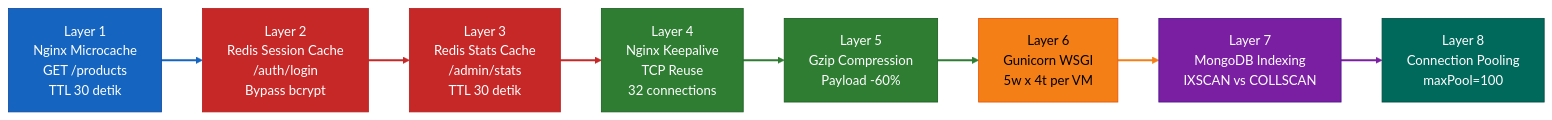
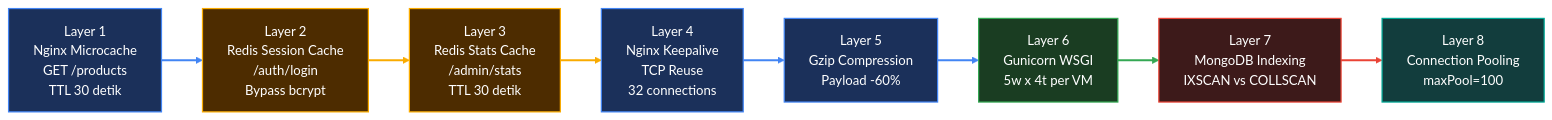
One commit to baboey/fp-tka-1 changed the third of 5 diagrams in README.md. Above: the diagram before and after it, drawn with Mermaid. The commit also changed other lines of this file, not shown here.

Commit message:
docs: style all major Mermaid diagrams with clean brand-matching deep colors, transparent subgraphs and precise link styles

````diff
--- a/README.md
+++ b/README.md
@@ -204,27 +213,27 @@
 ```mermaid
 graph LR
     A["Layer 1<br/>Nginx Microcache<br/>GET /products<br/>TTL 30 detik"] --> B["Layer 2<br/>Redis Session Cache<br/>/auth/login<br/>Bypass bcrypt"]
     B --> C["Layer 3<br/>Redis Stats Cache<br/>/admin/stats<br/>TTL 30 detik"]
     C --> D["Layer 4<br/>Nginx Keepalive<br/>TCP Reuse<br/>32 connections"]
     D --> E["Layer 5<br/>Gzip Compression<br/>Payload -60%"]
     E --> F["Layer 6<br/>Gunicorn WSGI<br/>5w x 4t per VM"]
     F --> G["Layer 7<br/>MongoDB Indexing<br/>IXSCAN vs COLLSCAN"]
     G --> H["Layer 8<br/>Connection Pooling<br/>maxPool=100"]
 
-    style A fill:#1565C0,stroke:#0d47a1,color:#fff
-    style B fill:#C62828,stroke:#b71c1c,color:#fff
-    style C fill:#C62828,stroke:#b71c1c,color:#fff
-    style D fill:#2E7D32,stroke:#1b5e20,color:#fff
-    style E fill:#2E7D32,stroke:#1b5e20,color:#fff
-    style F fill:#F57F17,stroke:#e65100,color:#000
-    style G fill:#7B1FA2,stroke:#4a148c,color:#fff
-    style H fill:#00695C,stroke:#004d40,color:#fff
+    style A fill:#1b305a,stroke:#4285F4,stroke-width:1.5px,color:#fff
+    style B fill:#4d2c00,stroke:#F9AB00,stroke-width:1.5px,color:#fff
+    style C fill:#4d2c00,stroke:#F9AB00,stroke-width:1.5px,color:#fff
+    style D fill:#1b305a,stroke:#4285F4,stroke-width:1.5px,color:#fff
+    style E fill:#1b305a,stroke:#4285F4,stroke-width:1.5px,color:#fff
+    style F fill:#1a3d22,stroke:#34A853,stroke-width:1.5px,color:#fff
+    style G fill:#3d1a1a,stroke:#EA4335,stroke-width:1.5px,color:#fff
+    style H fill:#123d3d,stroke:#00A896,stroke-width:1.5px,color:#fff
 
-    linkStyle 0 stroke:#1565C0,stroke-width:2.5px
-    linkStyle 1 stroke:#C62828,stroke-width:2.5px
-    linkStyle 2 stroke:#C62828,stroke-width:2.5px
-    linkStyle 3 stroke:#2E7D32,stroke-width:2.5px
-    linkStyle 4 stroke:#2E7D32,stroke-width:2.5px
-    linkStyle 5 stroke:#F57F17,stroke-width:2.5px
-    linkStyle 6 stroke:#7B1FA2,stroke-width:2.5px
+    linkStyle 0 stroke:#4285F4,stroke-width:2.5px
+    linkStyle 1 stroke:#F9AB00,stroke-width:2.5px
+    linkStyle 2 stroke:#F9AB00,stroke-width:2.5px
+    linkStyle 3 stroke:#4285F4,stroke-width:2.5px
+    linkStyle 4 stroke:#4285F4,stroke-width:2.5px
+    linkStyle 5 stroke:#34A853,stroke-width:2.5px
+    linkStyle 6 stroke:#EA4335,stroke-width:2.5px
 ```
````
